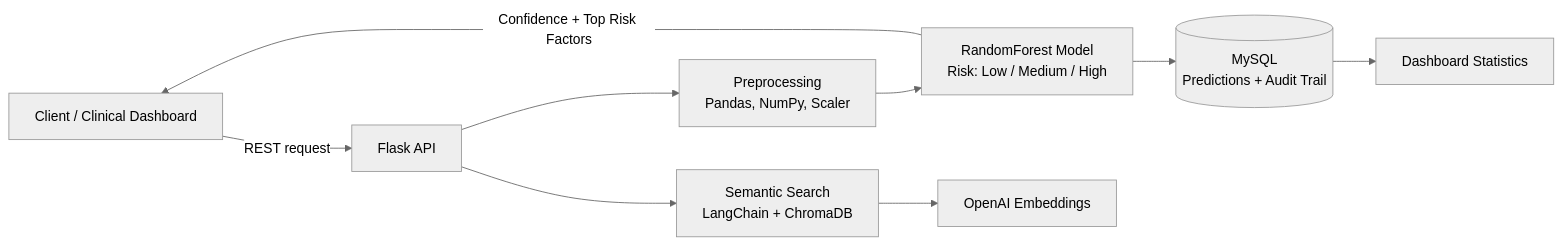
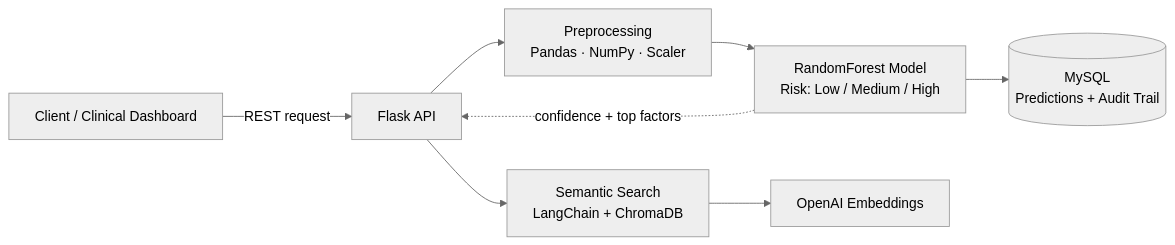
Before and after one commit to punniyam26-hash/punniyam26-hash: the first of 2 diagrams in README.md, drawn with Mermaid (neutral theme). The commit also changed other lines of this file, not shown here.

````diff
--- a/README.md
+++ b/README.md
@@ -109,11 +78,10 @@
 ```mermaid
 flowchart LR
     A[Client / Clinical Dashboard] -->|REST request| B[Flask API]
-    B --> C[Preprocessing<br/>Pandas, NumPy, Scaler]
+    B --> C[Preprocessing<br/>Pandas · NumPy · Scaler]
     C --> D[RandomForest Model<br/>Risk: Low / Medium / High]
     D --> E[(MySQL<br/>Predictions + Audit Trail)]
     B --> F[Semantic Search<br/>LangChain + ChromaDB]
     F --> G[OpenAI Embeddings]
-    E --> H[Dashboard Statistics]
-    D -->|Confidence + Top Risk Factors| A
+    D -. confidence + top factors .-> B
 ```
````
